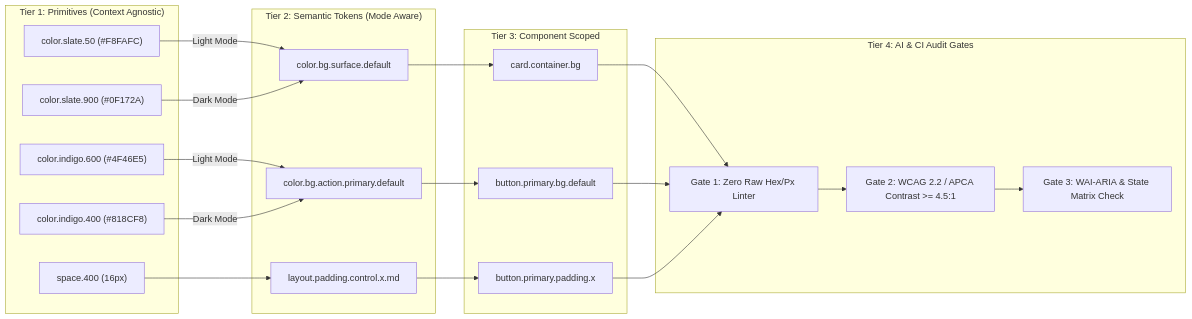
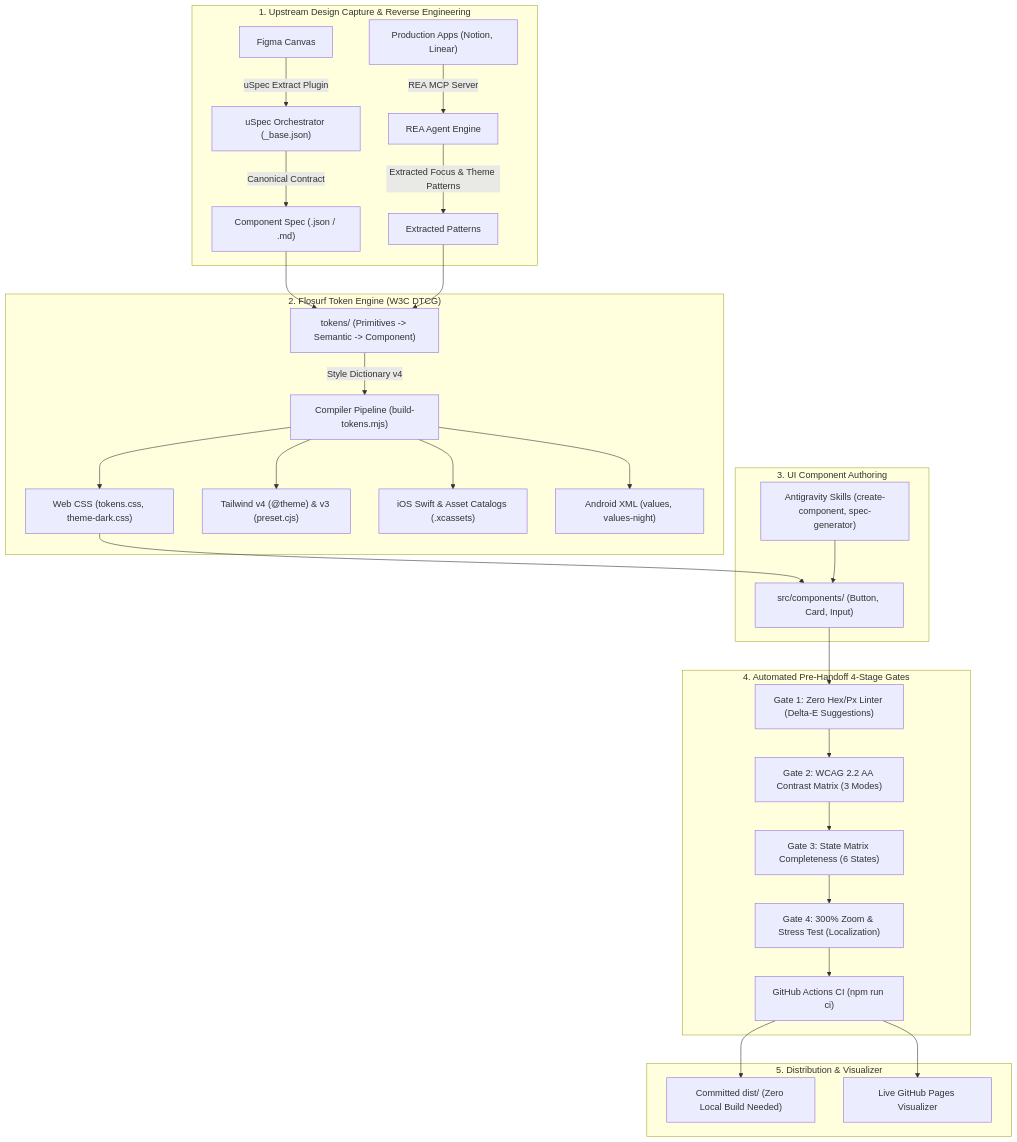
The diagram in ARCHITECTURE.md (Uthmaan/Flosurf), drawn with Mermaid before and after one commit. The commit also changed other lines of this file and 58 other files, not shown here.

Commit message:
feat: complete ecosystem architecture with uSpec integration, Input component, Gate 4 stress audit, and Guidelines

````diff
--- a/ARCHITECTURE.md
+++ b/ARCHITECTURE.md
@@ -22,40 +27,36 @@
 ```mermaid
-flowchart LR
-    subgraph T1 ["Tier 1: Primitives (Context Agnostic)"]
-        P1["color.slate.50 (#F8FAFC)"]
-        P2["color.slate.900 (#0F172A)"]
-        P3["color.indigo.600 (#4F46E5)"]
-        P4["color.indigo.400 (#818CF8)"]
-        P5["space.400 (16px)"]
+flowchart TD
+    subgraph Upstream ["1. Upstream Design Capture & Reverse Engineering"]
+        Figma["Figma Canvas"] -->|uSpec Extract Plugin| USpec["uSpec Orchestrator (_base.json)"]
+        USpec -->|Canonical Contract| CompSpec["Component Spec (.json / .md)"]
+        ThirdParty["Production Apps (Notion, Linear)"] -->|REA MCP Server| REA["REA Agent Engine"]
+        REA -->|Extracted Focus & Theme Patterns| ReverseTokens["Extracted Patterns"]
     end
 
-    subgraph T2 ["Tier 2: Semantic Tokens (Mode Aware)"]
-        S1["color.bg.surface.default"]
-        S2["color.bg.action.primary.default"]
-        S3["layout.padding.control.x.md"]
+    subgraph TokenCore ["2. Flosurf Token Engine (W3C DTCG)"]
+        CompSpec & ReverseTokens --> Tokens["tokens/ (Primitives -> Semantic -> Component)"]
+        Tokens -->|Style Dictionary v4| SD["Compiler Pipeline (build-tokens.mjs)"]
+        SD --> CSS["Web CSS (tokens.css, theme-dark.css)"]
+        SD --> TW["Tailwind v4 (@theme) & v3 (preset.cjs)"]
+        SD --> iOS["iOS Swift & Asset Catalogs (.xcassets)"]
+        SD --> Android["Android XML (values, values-night)"]
     end
 
-    subgraph T3 ["Tier 3: Component Scoped"]
-        C1["card.container.bg"]
-        C2["button.primary.bg.default"]
-        C3["button.primary.padding.x"]
+    subgraph ComponentAuthoring ["3. UI Component Authoring"]
+        CSS --> Components["src/components/ (Button, Card, Input)"]
+        Skills["Antigravity Skills (create-component, spec-generator)"] --> Components
     end
 
-    subgraph T4 ["Tier 4: AI & CI Audit Gates"]
-        G1["Gate 1: Zero Raw Hex/Px Linter"]
-        G2["Gate 2: WCAG 2.2 / APCA Contrast >= 4.5:1"]
-        G3["Gate 3: WAI-ARIA & State Matrix Check"]
+    subgraph CIGates ["4. Automated Pre-Handoff 4-Stage Gates"]
+        Components --> G1["Gate 1: Zero Hex/Px Linter (Delta-E Suggestions)"]
+        G1 --> G2["Gate 2: WCAG 2.2 AA Contrast Matrix (3 Modes)"]
+        G2 --> G3["Gate 3: State Matrix Completeness (6 States)"]
+        G3 --> G4["Gate 4: 300% Zoom & Stress Test (Localization)"]
+        G4 --> CI["GitHub Actions CI (npm run ci)"]
     end
 
-    P1 -->|Light Mode| S1
-    P2 -->|Dark Mode| S1
-    P3 -->|Light Mode| S2
-    P4 -->|Dark Mode| S2
-    P5 --> S3
-
-    S1 --> C1
-    S2 --> C2
-    S3 --> C3
-
-    C1 & C2 & C3 --> G1 --> G2 --> G3
+    subgraph Distribution ["5. Distribution & Visualizer"]
+        CI --> Dist["Committed dist/ (Zero Local Build Needed)"]
+        CI --> Pages["Live GitHub Pages Visualizer"]
+    end
 ```
````
